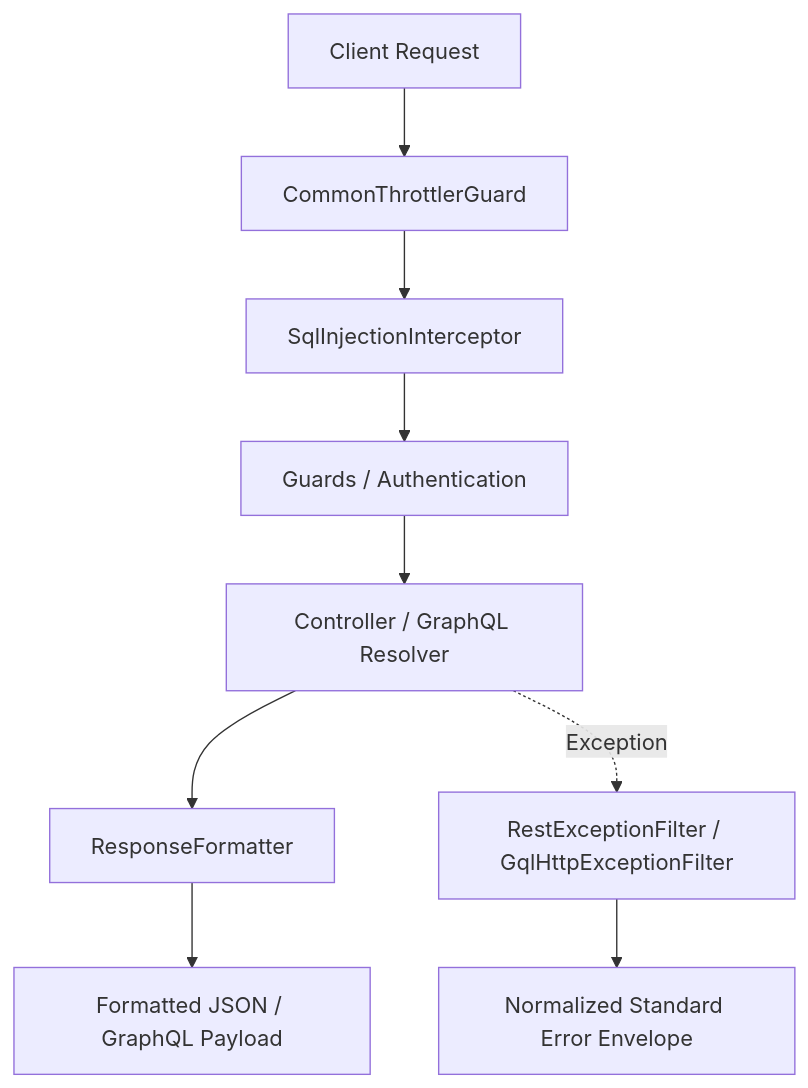
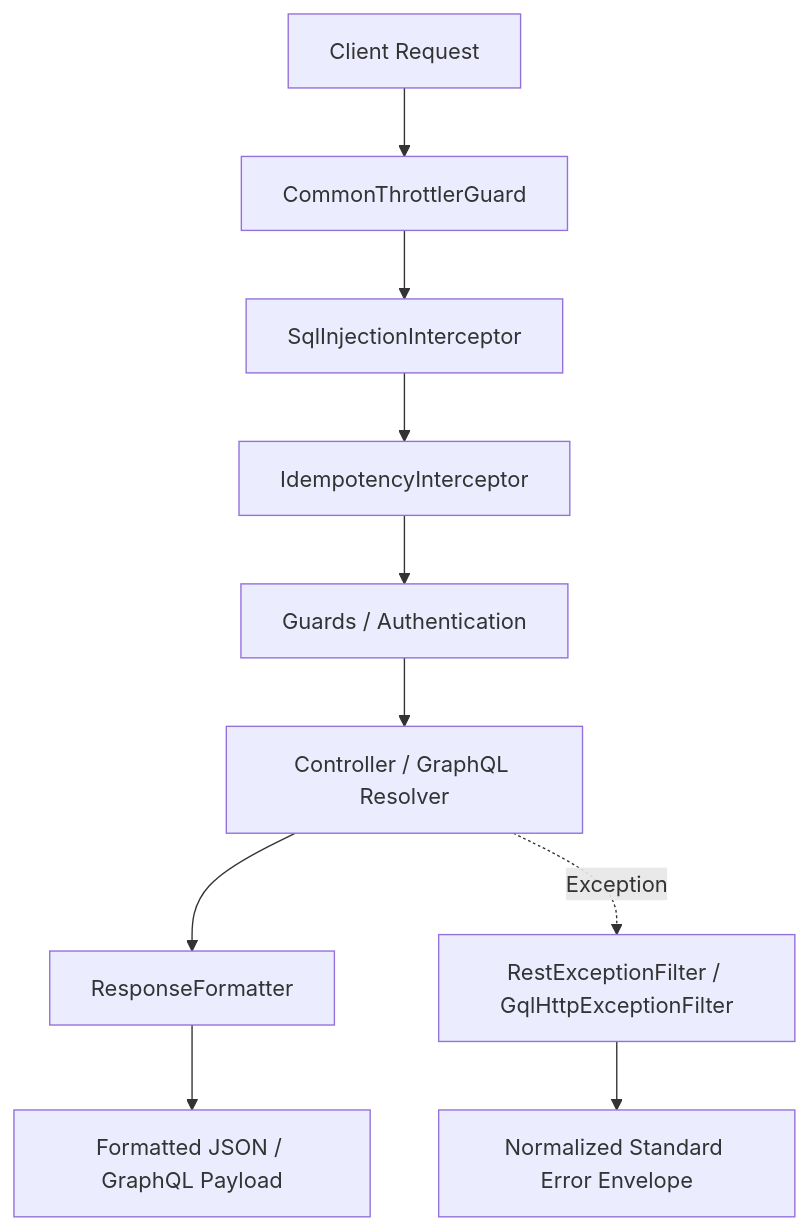
Before and after one commit to Omar-Sa6ry/bts-soft: the first of 3 diagrams in packages/common/README.md, drawn with Mermaid. The commit also changed other lines of this file and 17 other files, not shown here.

First line of the commit message:
Add Resilience modules in @bts-soft/common - Implement ResilienceModule introducing IdempotencyInterceptor integrated with @bts-soft/cache RedisService to prevent request duplication.

````diff
--- a/packages/common/README.md
+++ b/packages/common/README.md
@@ -9,12 +9,13 @@
 ```mermaid
 graph TD
     Client[Client Request] --> TG[CommonThrottlerGuard]
     TG --> SQ[SqlInjectionInterceptor]
-    SQ --> Auth[Guards / Authentication]
+    SQ --> Idem[IdempotencyInterceptor]
+    Idem --> Auth[Guards / Authentication]
     Auth --> Handler[Controller / GraphQL Resolver]
     Handler --> RF[ResponseFormatter]
     RF --> ClientResponse[Formatted JSON / GraphQL Payload]
 
     Handler -. Exception .-> EF[RestExceptionFilter / GqlHttpExceptionFilter]
     EF --> ClientError[Normalized Standard Error Envelope]
 ```
````
